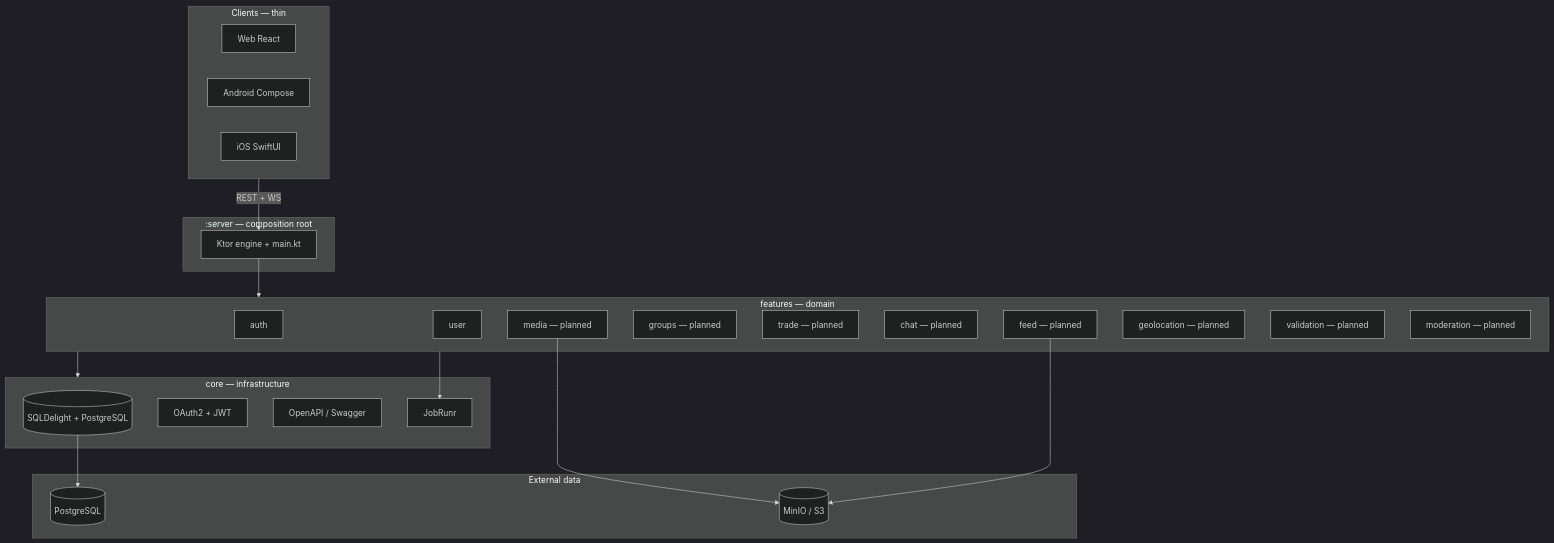
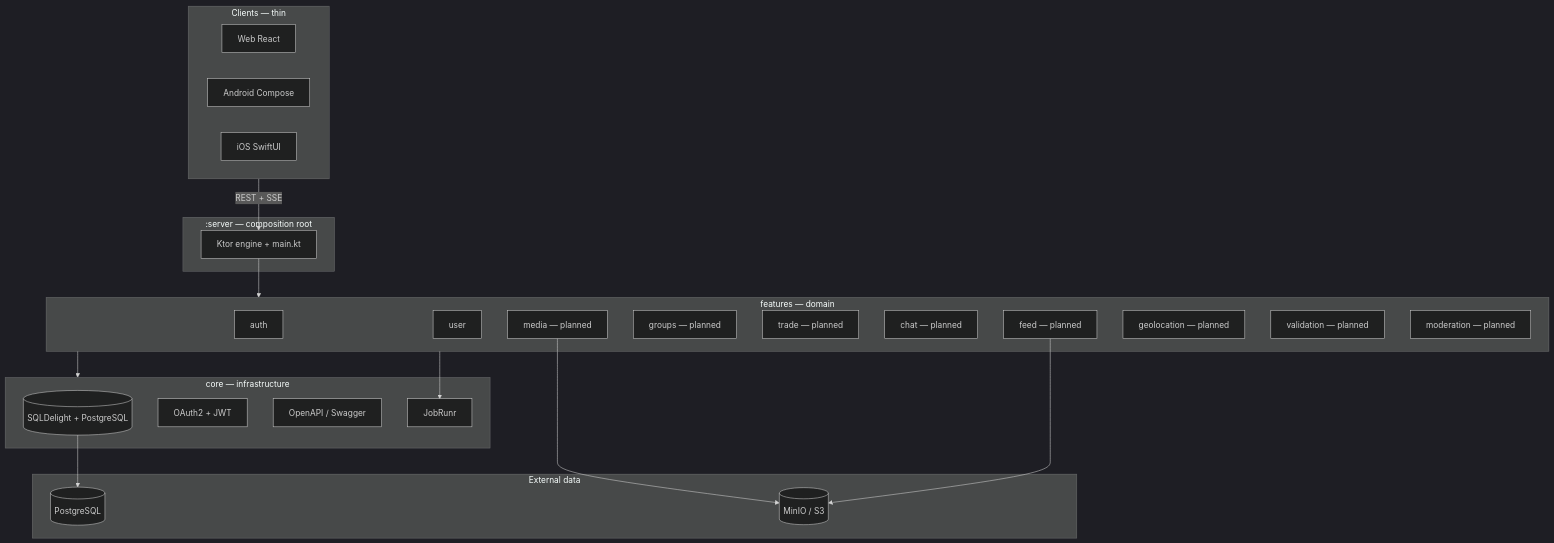
The diagram in docs/architecture.md (bieniucieniu/zula), drawn with Mermaid (dark theme) before and after one commit. The commit also changed other lines of this file and 12 other files, not shown here.

````diff
--- a/docs/architecture.md
+++ b/docs/architecture.md
@@ -112,45 +112,45 @@
 ```mermaid
 flowchart TB
     subgraph clients [Clients — thin]
         web[Web React]
         android[Android Compose]
         ios[iOS SwiftUI]
     end
 
     subgraph server [":server — composition root"]
         ktor[Ktor engine + main.kt]
     end
 
     subgraph core [core — infrastructure]
         db[(SQLDelight + PostgreSQL)]
         sec[OAuth2 + JWT]
         oapi[OpenAPI / Swagger]
         jobs[JobRunr]
     end
 
     subgraph features [features — domain]
         auth[auth]
         user[user]
         feed[feed — planned]
         groups[groups — planned]
         trade[trade — planned]
         chat[chat — planned]
         media[media — planned]
         geo[geolocation — planned]
         val[validation — planned]
         mod[moderation — planned]
     end
 
   subgraph data [External data]
         pg[(PostgreSQL)]
         s3[(MinIO / S3)]
     end
 
-    clients -->|REST + WS| ktor
+    clients -->|REST + SSE| ktor
     ktor --> features
     features --> core
     db --> pg
     media --> s3
     feed --> s3
     features --> jobs
 ```
````
